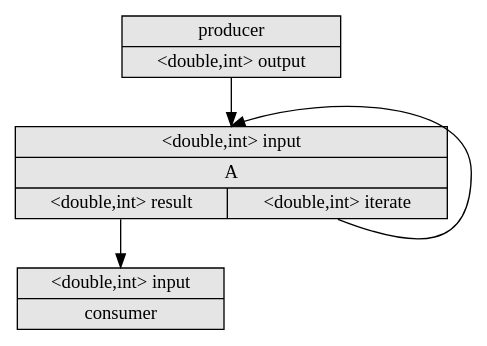
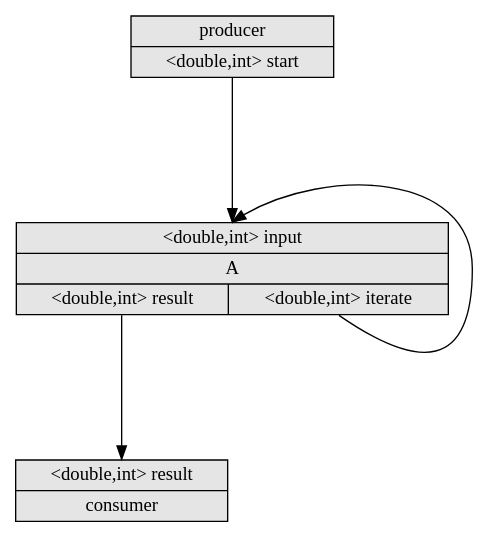
Before and after one commit to TESSEorg/ttg: the diagram in g.dot, drawn with Graphviz. The commit also changed 8 other files, not shown here.

```diff
--- a/g.dot
+++ b/g.dot
@@ -1,8 +1,9 @@
 digraph G {
-        n0x7ffc29366488 [shape=record,style=filled,fillcolor=gray90,label="{producer  | { <out0> \<double,int\> output} } "];
-n0x7ffc29366488:out0:s -> n0x7ffc293665f8:in0:n;
-        n0x7ffc293665f8 [shape=record,style=filled,fillcolor=gray90,label="{{ <in0> \<double,int\> input} |A  | { <out0> \<double,int\> result | <out1> \<double,int\> iterate} } "];
-n0x7ffc293665f8:out0:s -> n0x7ffc293668c0:in0:n;
-n0x7ffc293665f8:out1:s -> n0x7ffc293665f8:in0:n;
-        n0x7ffc293668c0 [shape=record,style=filled,fillcolor=gray90,label="{{ <in0> \<double,int\> input} |consumer  } "];
+        ranksep=1.5;
+        n0x2d06c00 [shape=record,style=filled,fillcolor=gray90,label="{producer  | { <out0> \<double,int\> start} } "];
+n0x2d06c00:out0:s -> n0x37f8000:in0:n;
+        n0x37f8000 [shape=record,style=filled,fillcolor=gray90,label="{{ <in0> \<double,int\> input} |A  | { <out0> \<double,int\> result | <out1> \<double,int\> iterate} } "];
+n0x37f8000:out0:s -> n0x2d3a1a0:in0:n;
+n0x37f8000:out1:s -> n0x37f8000:in0:n;
+        n0x2d3a1a0 [shape=record,style=filled,fillcolor=gray90,label="{{ <in0> \<double,int\> result} |consumer  } "];
 }
```
